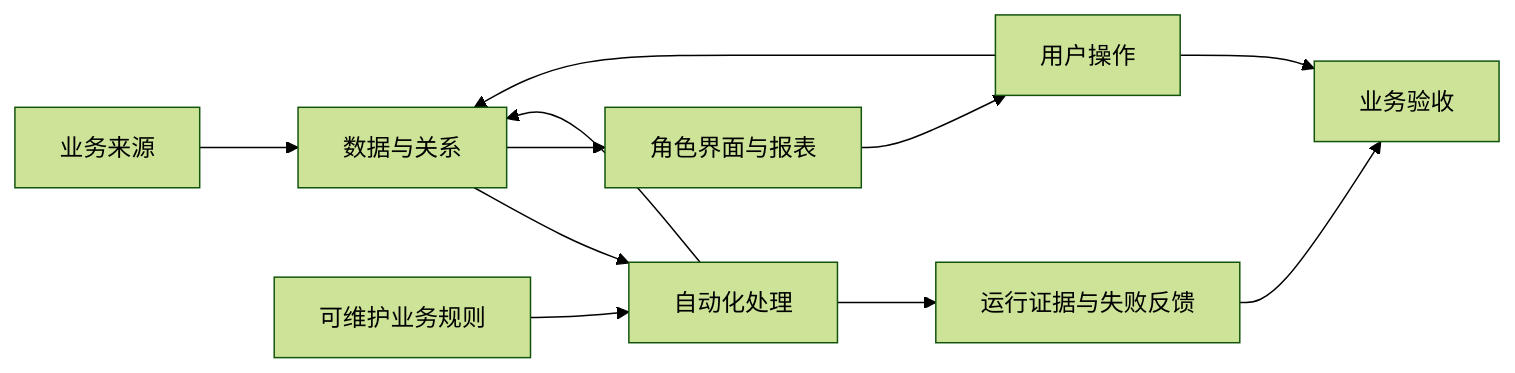
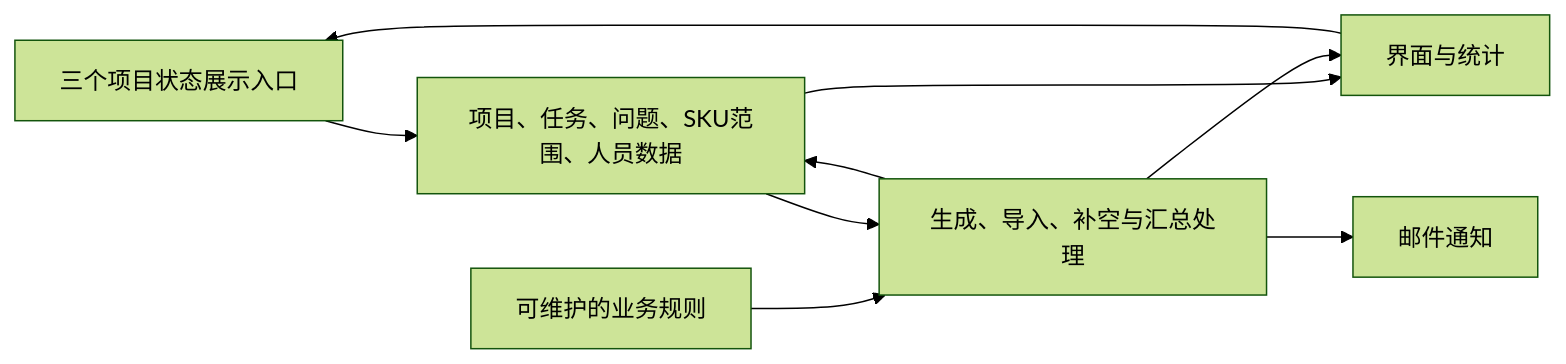
One commit to sunny-06064710-3/autopm-dadhboard changed the diagram in docs/delivery/architecture.md. Above: the diagram before and after it, drawn with Mermaid (forest theme). The commit also changed other lines of this file and 5 other files, not shown here.

````diff
--- a/docs/delivery/architecture.md
+++ b/docs/delivery/architecture.md
@@ -5,13 +5,11 @@
 ```mermaid
 flowchart LR
-  A[业务来源] --> B[数据与关系]
-  C[可维护业务规则] --> D[自动化处理]
-  B --> D
-  D --> B
-  B --> E[角色界面与报表]
-  E --> F[用户操作]
-  F --> B
-  D --> G[运行证据与失败反馈]
-  F --> H[业务验收]
-  G --> H
+  U[三个项目状态展示入口] --> D[项目、任务、问题、SKU范围、人员数据]
+  R[可维护的业务规则] --> A[生成、导入、补空与汇总处理]
+  D --> A
+  A --> D
+  D --> V[界面与统计]
+  A --> V
+  A --> M[邮件通知]
+  V --> U
 ```
````
